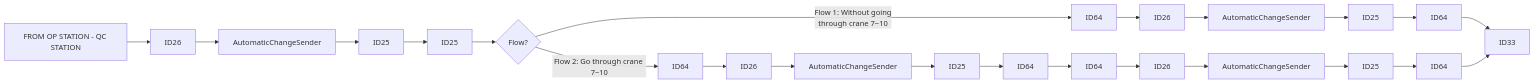
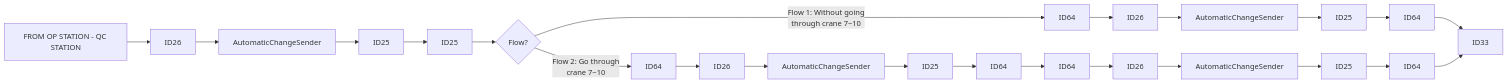
One commit to luthfiadityaa/SimeDarby-Wiki changed the first of 22 diagrams in Basic-Design/DFD-WMS/Storage/Unplanned-Storage/Unplanned-Storage-from-OP-Area.md. Above: the diagram before and after it, drawn with Mermaid.

Commit message:
Updated Unplanned Storage from OP Area

```diff
--- a/Basic-Design/DFD-WMS/Storage/Unplanned-Storage/Unplanned-Storage-from-OP-Area.md
+++ b/Basic-Design/DFD-WMS/Storage/Unplanned-Storage/Unplanned-Storage-from-OP-Area.md
@@ -9,14 +9,15 @@
 ::: mermaid
 flowchart LR
   
 P1[FROM OP STATION - QC STATION]-->P2[ID26]-->P3[AutomaticChangeSender]-->P4[ID25]-->P7[ID25]
 P7[ID25]-->Cond1{Flow?} 
 Cond1 --> |Flow 1: Without going 
 through crane 7~10| P8[ID64]
-Cond1 --> |Flow 2: Go through crane 7~10| P9[ID64]
+Cond1 --> |Flow 2: Go through 
+crane 7~10| P9[ID64]
 P8[ID64]-->P10[ID26]-->P11[AutomaticChangeSender]-->P12[ID25]-->P13[ID64]
 P9[ID64]-->P15[ID26]-->P16[AutomaticChangeSender]-->P17[ID25]-->P18[ID64]-->P19[ID64]-->P20[ID26]-->P21[AutomaticChangeSender]-->P22[ID25]-->P23[ID64]
 
 P13[ID64]-->P14[ID33]
 P23[ID64]-->P14[ID33]
 :::
```
